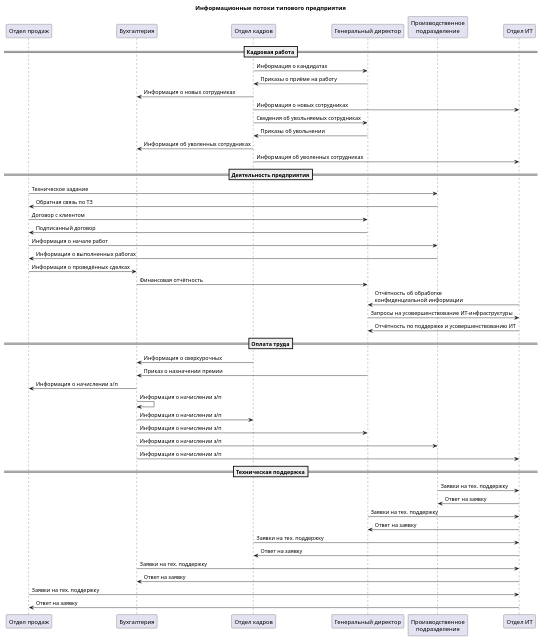
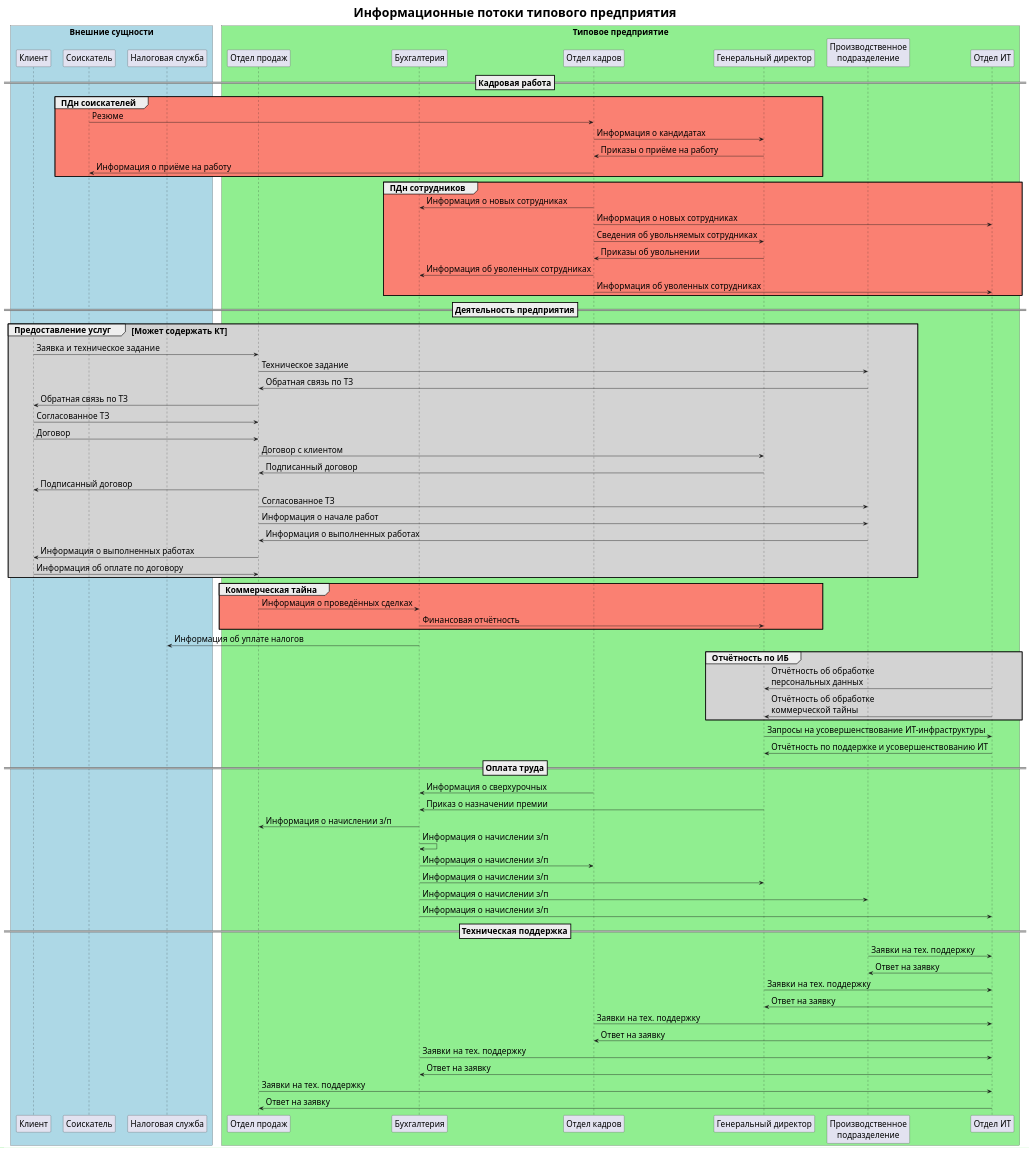
The diagram in ifd.puml (baksist/thesis-plantuml-diagrams), drawn with PlantUML before and after one commit. The commit also changed 1 other file, not shown here.

```diff
--- a/ifd.puml
+++ b/ifd.puml
@@ -1,61 +1,95 @@
 @startuml ifd
 
 title Информационные потоки типового предприятия
 
+skinparam ParticipantPadding 10
+skinparam BoxPadding 10
+skinparam DefaultFontSize 20
+skinparam TitleFontSize 30
+
+box "Внешние сущности" #LightBlue 
+participant "Клиент" as client
+participant "Соискатель" as candidate
+participant "Налоговая служба" as irs
+end box
+
+box "Типовое предприятие" #LightGreen
 participant "Отдел продаж" as sales
 participant "Бухгалтерия" as accounting
 participant "Отдел кадров" as hr
 participant "Генеральный директор" as ceo
 participant "Производственное\nподразделение" as production
 participant "Отдел ИТ" as it
+end box
 
 ==Кадровая работа==
 
-hr -> ceo : Информация о кандидатах
-ceo -> hr : Приказы о приёме на работу
-hr -> accounting : Информация о новых сотрудниках
-hr -> it : Информация о новых сотрудниках
-hr -> ceo : Сведения об увольняемых сотрудниках
-ceo -> hr : Приказы об увольнении
-hr -> accounting : Информация об уволенных сотрудниках
-hr -> it : Информация об уволенных сотрудниках
+group #Salmon ПДн соискателей  
+    candidate -> hr : Резюме
+    hr -> ceo : Информация о кандидатах
+    ceo -> hr : Приказы о приёме на работу
+    hr -> candidate : Информация о приёме на работу
+end
 
+group #Salmon ПДн сотрудников  
+    hr -> accounting : Информация о новых сотрудниках
+    hr -> it : Информация о новых сотрудниках
+    hr -> ceo : Сведения об увольняемых сотрудниках
+    ceo -> hr : Приказы об увольнении
+    hr -> accounting : Информация об уволенных сотрудниках
+    hr -> it : Информация об уволенных сотрудниках
+end
 ==Деятельность предприятия==
-
-sales -> production : Техническое задание
-production -> sales : Обратная связь по ТЗ
-sales -> ceo : Договор с клиентом
-ceo -> sales : Подписанный договор
-sales -> production : Информация о начале работ
-production -> sales : Информация о выполненных работах
-sales -> accounting : Информация о проведённых сделках
-accounting -> ceo : Финансовая отчётность
-it -> ceo : Отчётность об обработке\nконфиденциальной информации
+group #LightGrey Предоставление услуг [Может содержать КТ]
+    client -> sales : Заявка и техническое задание
+    sales -> production : Техническое задание
+    production -> sales : Обратная связь по ТЗ
+    sales -> client : Обратная связь по ТЗ
+    client -> sales : Согласованное ТЗ
+    client -> sales : Договор
+    sales -> ceo : Договор с клиентом
+    ceo -> sales : Подписанный договор
+    sales -> client : Подписанный договор
+    sales -> production : Согласованное ТЗ
+    sales -> production : Информация о начале работ
+    production -> sales : Информация о выполненных работах
+    sales -> client : Информация о выполненных работах
+    client -> sales : Информация об оплате по договору
+end
+group #Salmon Коммерческая тайна
+    sales -> accounting : Информация о проведённых сделках
+    accounting -> ceo : Финансовая отчётность
+end
+accounting -> irs : Информация об уплате налогов
+group #LightGrey Отчётность по ИБ
+    it -> ceo : Отчётность об обработке\nперсональных данных
+    it -> ceo : Отчётность об обработке\nкоммерческой тайны
+end
 ceo -> it : Запросы на усовершенствование ИТ-инфраструктуры
 it -> ceo : Отчётность по поддержке и усовершенствованию ИТ
 
 ==Оплата труда==
 
 hr -> accounting : Информация о сверхурочных
 ceo -> accounting : Приказ о назначении премии
 accounting -> sales : Информация о начислении з/п
 accounting -> accounting : Информация о начислении з/п
 accounting -> hr : Информация о начислении з/п
 accounting -> ceo : Информация о начислении з/п
 accounting -> production : Информация о начислении з/п
 accounting -> it : Информация о начислении з/п
 
 ==Техническая поддержка==
 
 production -> it : Заявки на тех. поддержку
 it -> production : Ответ на заявку
 ceo -> it : Заявки на тех. поддержку
 it -> ceo : Ответ на заявку
 hr -> it : Заявки на тех. поддержку
 it -> hr : Ответ на заявку
 accounting -> it : Заявки на тех. поддержку
 it -> accounting : Ответ на заявку
 sales -> it : Заявки на тех. поддержку
 it -> sales : Ответ на заявку
 
 @enduml
```
